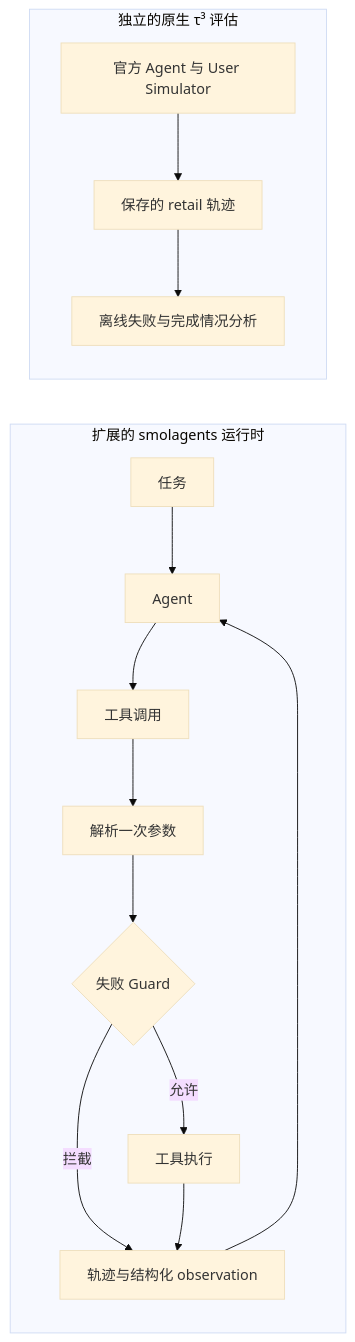
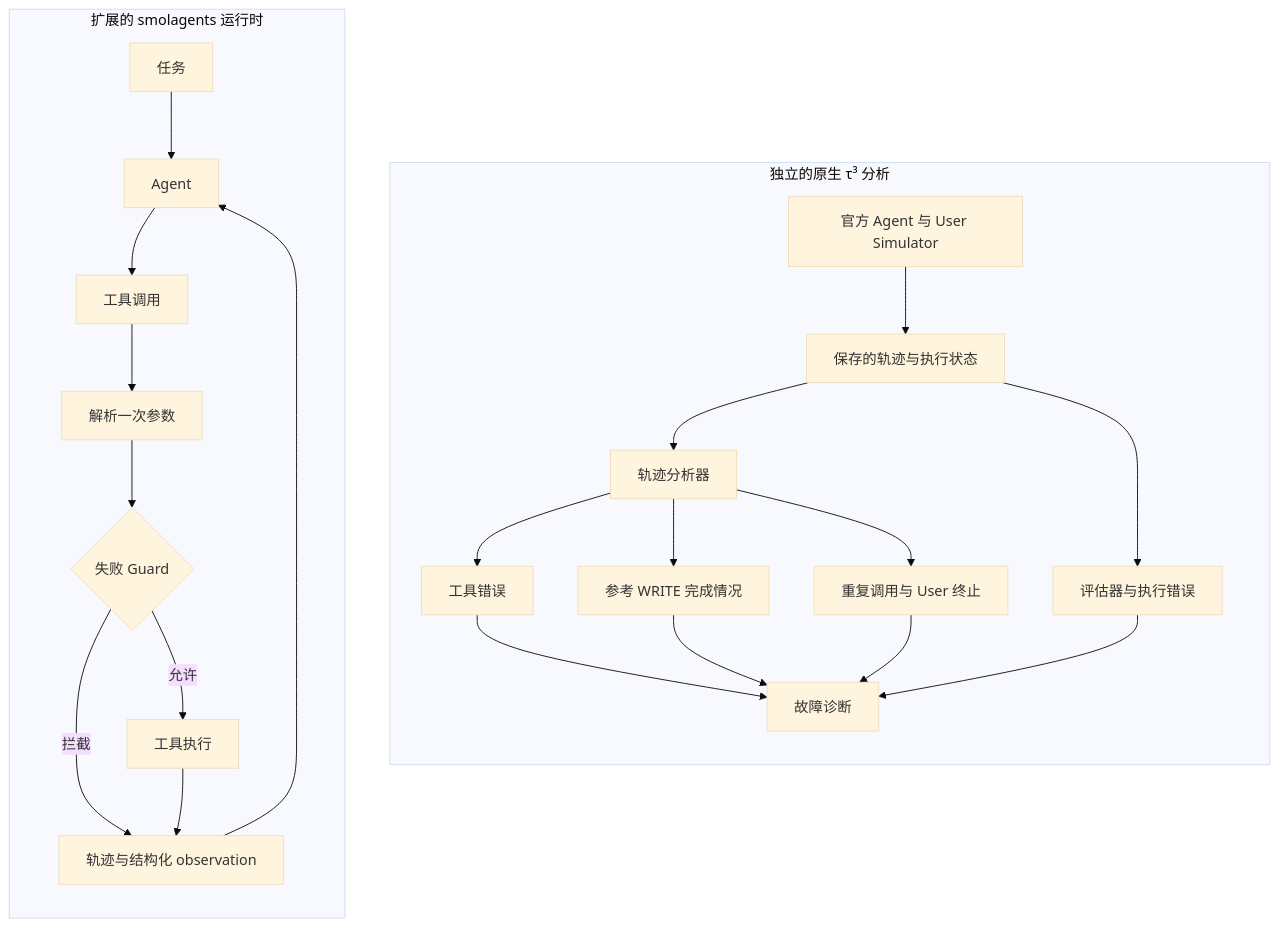
The diagram in README.zh-CN.md (Kk111777/ReliableToolAgent), drawn with Mermaid (base theme) before and after one commit. The commit also changed other lines of this file and 1 other file, not shown here.

First line of the commit message:
Lead with runtime design and benchmark diagnosis (#17)

````diff
--- a/README.zh-CN.md
+++ b/README.zh-CN.md
@@ -52,17 +61,28 @@
 ```mermaid
 flowchart LR
     subgraph Runtime[扩展的 smolagents 运行时]
+        direction TB
         T[任务] --> A[Agent]
         A --> C[工具调用]
         C --> R[解析一次参数]
         R --> G{失败 Guard}
         G -->|允许| E[工具执行]
         G -->|拦截| O[轨迹与结构化 observation]
         E --> O
         O --> A
     end
-    subgraph Retail[独立的原生 τ³ 评估]
-        N[官方 Agent 与 User Simulator] --> S[保存的 retail 轨迹]
-        S --> D[离线失败与完成情况分析]
+    subgraph Retail[独立的原生 τ³ 分析]
+        direction TB
+        N[官方 Agent 与 User Simulator] --> S[保存的轨迹与执行状态]
+        S --> D[轨迹分析器]
+        D --> F[工具错误]
+        D --> W[参考 WRITE 完成情况]
+        D --> X[重复调用与 User 终止]
+        F --> B[故障诊断]
+        W --> B
+        X --> B
+        S --> V[评估器与执行错误]
+        V --> B
     end
+    Runtime ~~~ Retail
 ```
````
